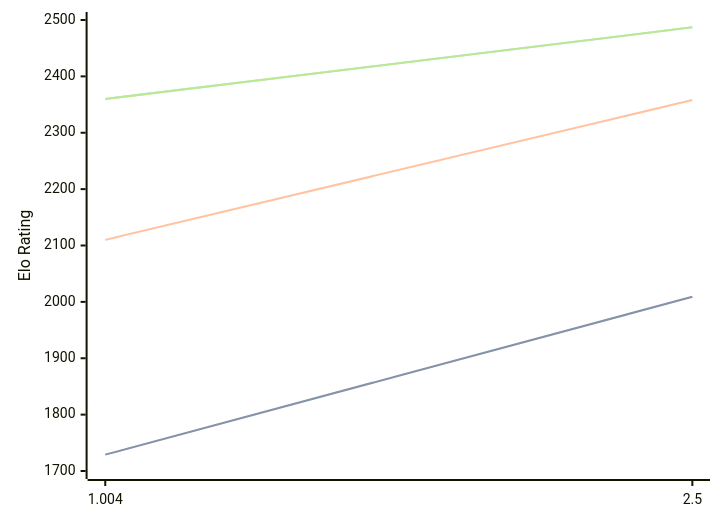
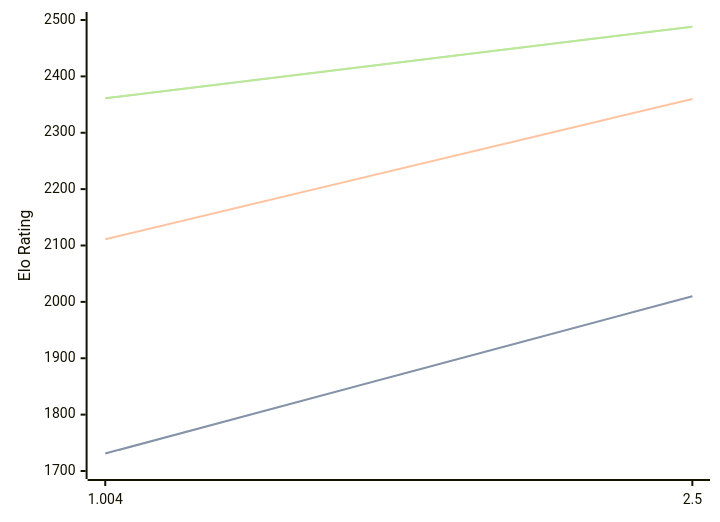
One commit to computer-chess-index/cci changed the diagram in engines/Ares.md. Above: the diagram before and after it, drawn with Mermaid. The commit also changed other lines of this file, not shown here.

Commit message:
Update CCI Ratings (ELO VLTC) - 2026-05-01

````diff
--- a/engines/Ares.md
+++ b/engines/Ares.md
@@ -32,11 +32,11 @@
 ```mermaid
 %%{init: {"theme":"base","themeVariables":{"seriesColors:['#a3a3a3','#222221','#faa371']}}}%%
 xychart-beta
   x-axis ["1.004", "2.5"]
   y-axis "Elo Rating" 1700 --> 2500
-  line "STC (8.0+0.08s)" [1729, 2009]
-  line "STC (8.0+0.08s)" [1729, 2009]
-  line "LTC (60.0+0.60s)" [2110, 2358]
-  line "VLTC (2m24s+1.12s)" [2360, 2487]
-  line "VLTC (2m24s+1.12s)" [2360, 2487]
+  line "STC (8.0+0.08s)" [1731, 2010]
+  line "STC (8.0+0.08s)" [1731, 2010]
+  line "LTC (60.0+0.60s)" [2111, 2360]
+  line "VLTC (2m24s+1.12s)" [2361, 2488]
+  line "VLTC (2m24s+1.12s)" [2361, 2488]
 ```
````
